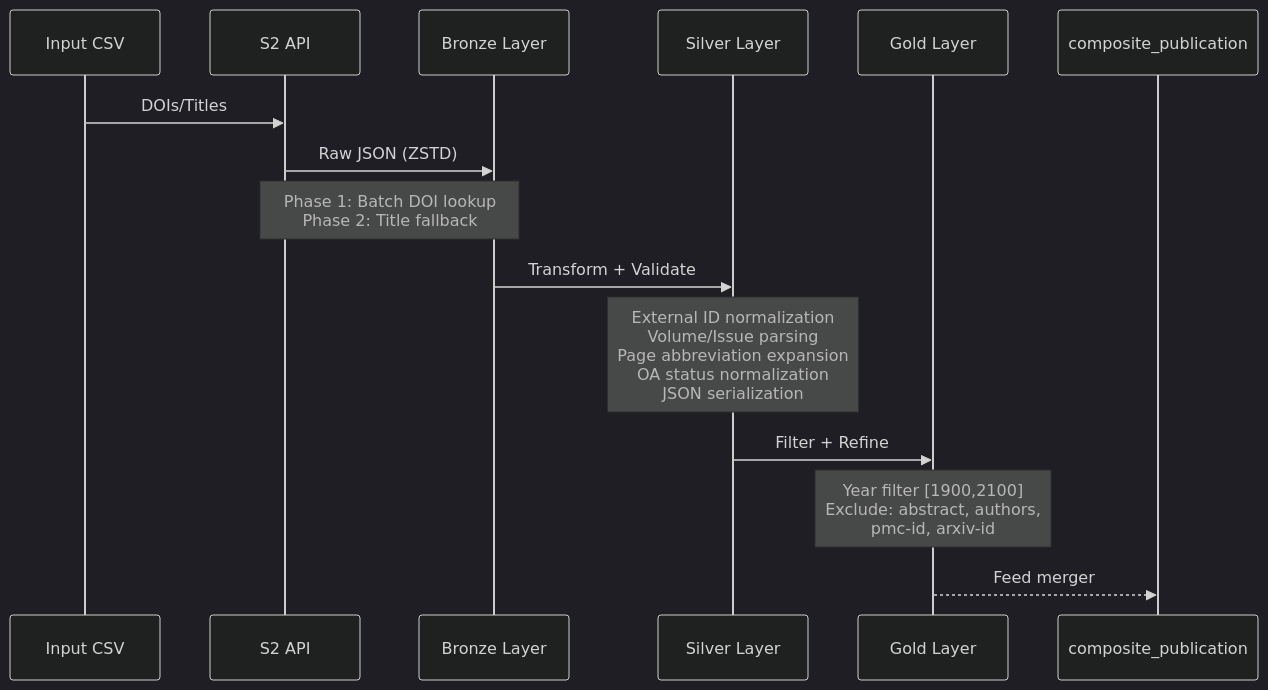
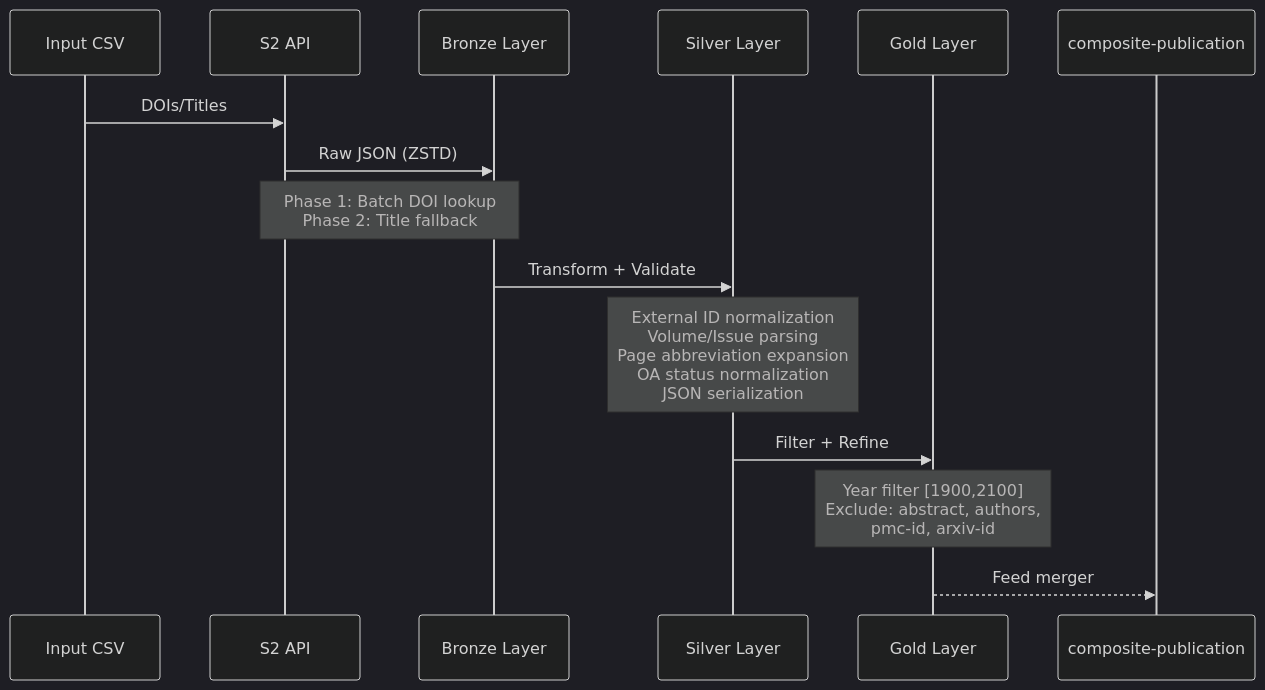
One commit to SatoryKono/BioactivityDataAcquisition changed the first of 2 diagrams in docs/04-reference/pipelines/semanticscholar-publication.md. Above: the diagram before and after it, drawn with Mermaid (dark theme). The commit also changed other lines of this file and 347 other files, not shown here.

````diff
--- a/docs/04-reference/pipelines/semanticscholar-publication.md
+++ b/docs/04-reference/pipelines/semanticscholar-publication.md
@@ -517,18 +517,18 @@
 ```mermaid
 sequenceDiagram
     participant Input as Input CSV
     participant API as S2 API
     participant Bronze as Bronze Layer
     participant Silver as Silver Layer
     participant Gold as Gold Layer
-    participant Composite as composite_publication
+    participant Composite as composite-publication
 
     Input->>API: DOIs/Titles
     API->>Bronze: Raw JSON (ZSTD)
     Note over API,Bronze: Phase 1: Batch DOI lookup<br/>Phase 2: Title fallback
     Bronze->>Silver: Transform + Validate
     Note over Silver: External ID normalization<br/>Volume/Issue parsing<br/>Page abbreviation expansion<br/>OA status normalization<br/>JSON serialization
     Silver->>Gold: Filter + Refine
     Note over Gold: Year filter [1900,2100]<br/>Exclude: abstract, authors,<br/>pmc-id, arxiv-id
     Gold-->>Composite: Feed merger
 ```
````
